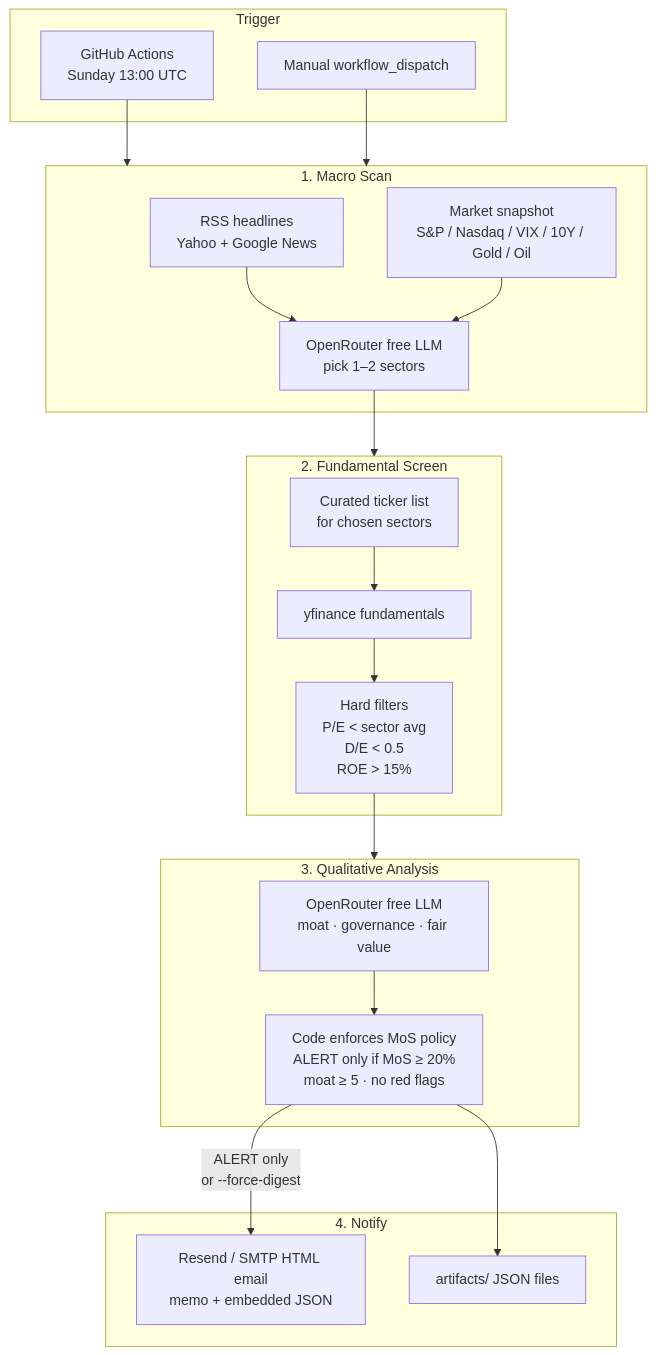
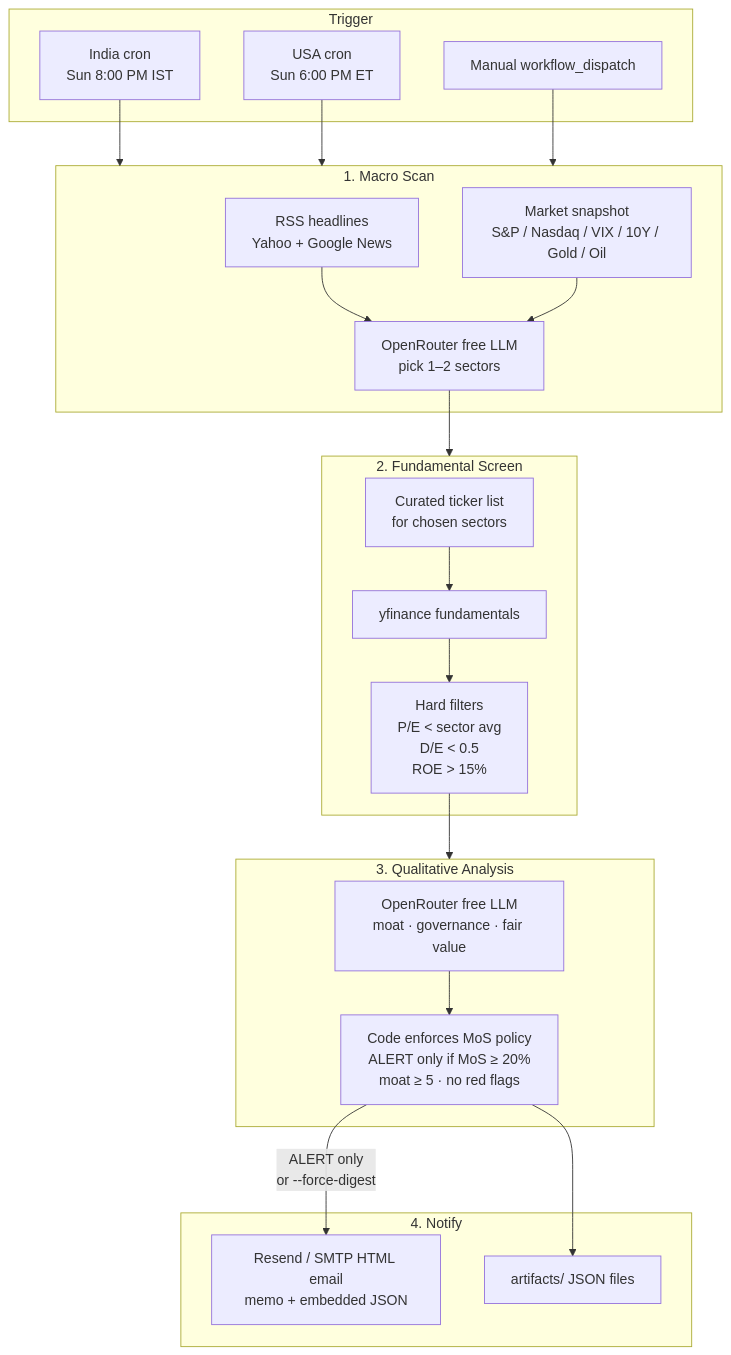
The first of 2 diagrams in ARCHITECTURE.md (codershubham/InvestingTip), drawn with Mermaid before and after one commit. The commit also changed other lines of this file and 5 other files, not shown here.

Commit message:
Add separate India (IST) and USA (ET) weekly GitHub Action schedules.

````diff
--- a/ARCHITECTURE.md
+++ b/ARCHITECTURE.md
@@ -5,40 +5,42 @@
 ```mermaid
 flowchart TB
     subgraph trigger [Trigger]
-        CRON["GitHub Actions<br/>Sunday 13:00 UTC"]
+        CRON_IN["India cron<br/>Sun 8:00 PM IST"]
+        CRON_US["USA cron<br/>Sun 6:00 PM ET"]
         MANUAL["Manual workflow_dispatch"]
     end
 
     subgraph step1 [1. Macro Scan]
         RSS["RSS headlines<br/>Yahoo + Google News"]
         IDX["Market snapshot<br/>S&P / Nasdaq / VIX / 10Y / Gold / Oil"]
         LLM1["OpenRouter free LLM<br/>pick 1–2 sectors"]
         RSS --> LLM1
         IDX --> LLM1
     end
 
     subgraph step2 [2. Fundamental Screen]
         UNI["Curated ticker list<br/>for chosen sectors"]
         YF["yfinance fundamentals"]
         FILTER["Hard filters<br/>P/E &lt; sector avg<br/>D/E &lt; 0.5<br/>ROE &gt; 15%"]
         UNI --> YF --> FILTER
     end
 
     subgraph step3 [3. Qualitative Analysis]
         LLM2["OpenRouter free LLM<br/>moat · governance · fair value"]
         MOS["Code enforces MoS policy<br/>ALERT only if MoS ≥ 20%<br/>moat ≥ 5 · no red flags"]
         LLM2 --> MOS
     end
 
     subgraph step4 [4. Notify]
         MAIL["Resend / SMTP HTML email<br/>memo + embedded JSON"]
         ART["artifacts/ JSON files"]
     end
 
-    CRON --> step1
+    CRON_IN --> step1
+    CRON_US --> step1
     MANUAL --> step1
     LLM1 --> step2
     FILTER --> step3
     MOS -->|ALERT only<br/>or --force-digest| MAIL
     MOS --> ART
 ```
````
